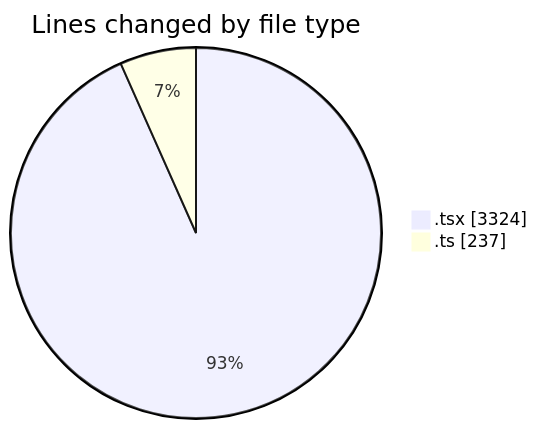
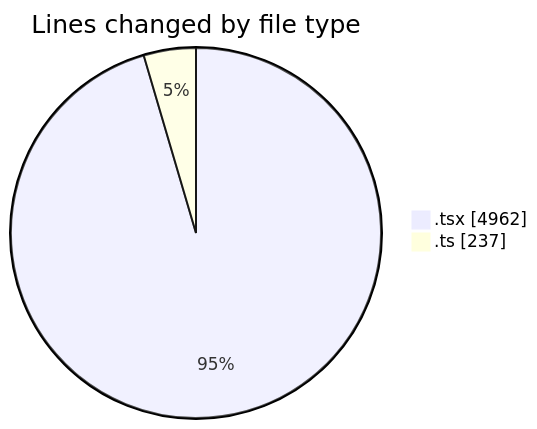
The first of 2 diagrams in 2025-10-13/eventscop-frontend-guide__workspace_/README.md (julien-gomy/code-tracking), drawn with Mermaid before and after one commit. The commit also changed other lines of this file and 1 other file, not shown here.

````diff
--- a/2025-10-13/eventscop-frontend-guide__workspace_/README.md
+++ b/2025-10-13/eventscop-frontend-guide__workspace_/README.md
@@ -32,6 +38,6 @@
 ```mermaid
 pie showData
 title Lines changed by file type
-".tsx" : 3324
+".tsx" : 4962
 ".ts" : 237
 ```
````
